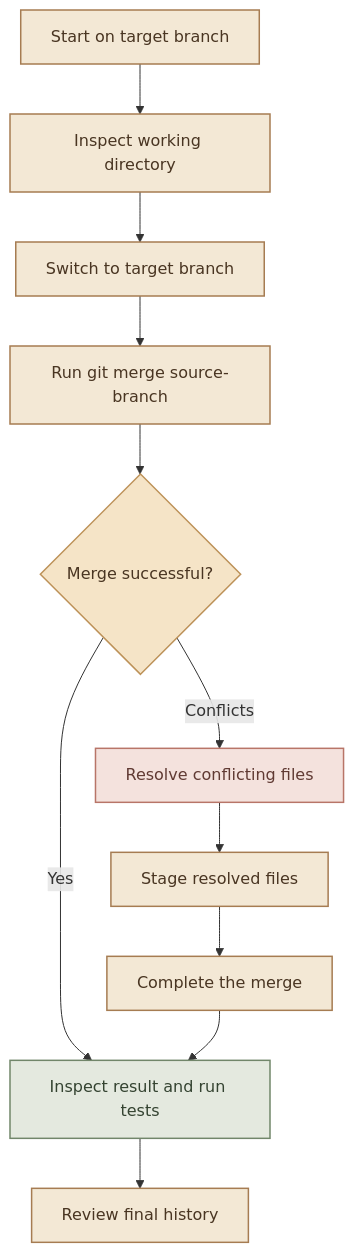
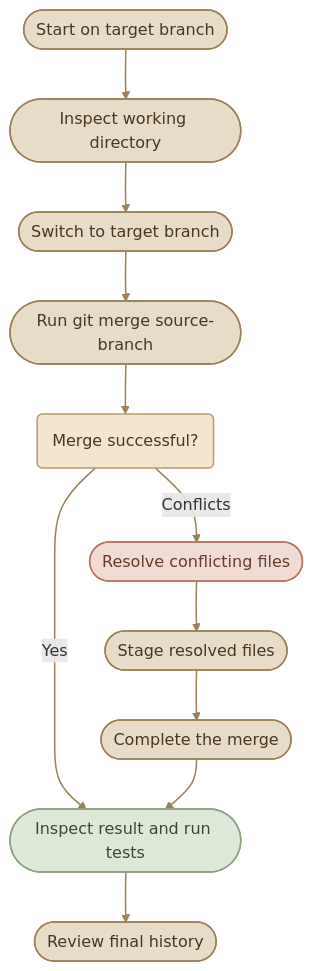
Before and after one commit to mustafammasoud/ops-handbook: the fifth of 9 diagrams in content/version-control/Git and GitHub/branching-and-merging.mdx, drawn with Mermaid. The commit also changed other lines of this file and 17 other files, not shown here.

````diff
--- a/content/version-control/Git and GitHub/branching-and-merging.mdx
+++ b/content/version-control/Git and GitHub/branching-and-merging.mdx
@@ -296,23 +298,25 @@
 ```mermaid
 flowchart TD
-    A["Start on target branch"] --> B["Inspect working directory"]
-    B --> C["Switch to target branch"]
-    C --> D["Run git merge source-branch"]
-    D --> E{"Merge successful?"}
-    E -->|Yes| F["Inspect result and run tests"]
-    E -->|Conflicts| G["Resolve conflicting files"]
-    G --> H["Stage resolved files"]
-    H --> I["Complete the merge"]
+    A(["Start on target branch"]) --> B(["Inspect working directory"])
+    B --> C(["Switch to target branch"])
+    C --> D(["Run git merge source-branch"])
+    D --> E("Merge successful?")
+    E -->|Yes| F(["Inspect result and run tests"])
+    E -->|Conflicts| G(["Resolve conflicting files"])
+    G --> H(["Stage resolved files"])
+    H --> I(["Complete the merge"])
     I --> F
-    F --> J["Review final history"]
+    F --> J(["Review final history"])
 
-    classDef action fill:#f3e8d5,stroke:#a67c52,color:#493522,stroke-width:1.5px
-    classDef decision fill:#f5e4c7,stroke:#bd9259,color:#493522,stroke-width:1.5px
-    classDef success fill:#e4e9df,stroke:#71866a,color:#344331,stroke-width:1.5px
-    classDef warning fill:#f4e2dd,stroke:#b87568,color:#603a33,stroke-width:1.5px
+    classDef action fill:#E7DCC8,stroke:#9B8059,color:#493722,stroke-width:1.5px
+    classDef decision fill:#F3E6D0,stroke:#B99A70,color:#493722,stroke-width:1.5px
+    classDef success fill:#DDE8D8,stroke:#8AA184,color:#344B38,stroke-width:1.5px
+    classDef warning fill:#f0dcd4,stroke:#b47762,color:#663b2d,stroke-width:1.5px
 
     class A,B,C,D,H,I,F,J action
     class E decision
     class G warning
     class F success
+
+    linkStyle default stroke:#9B8059,stroke-width:1.5px
 ```
````
